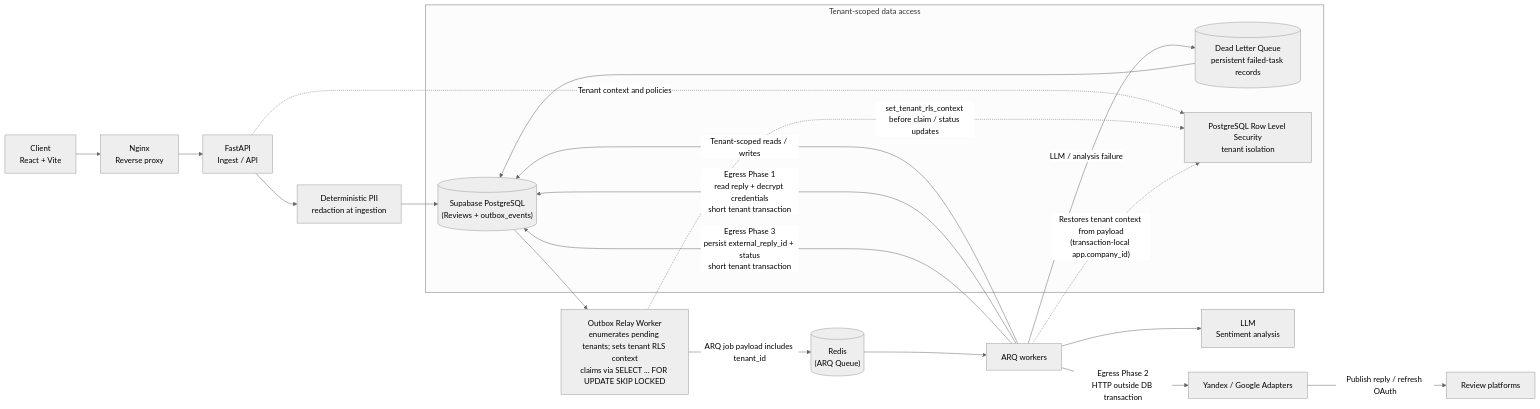
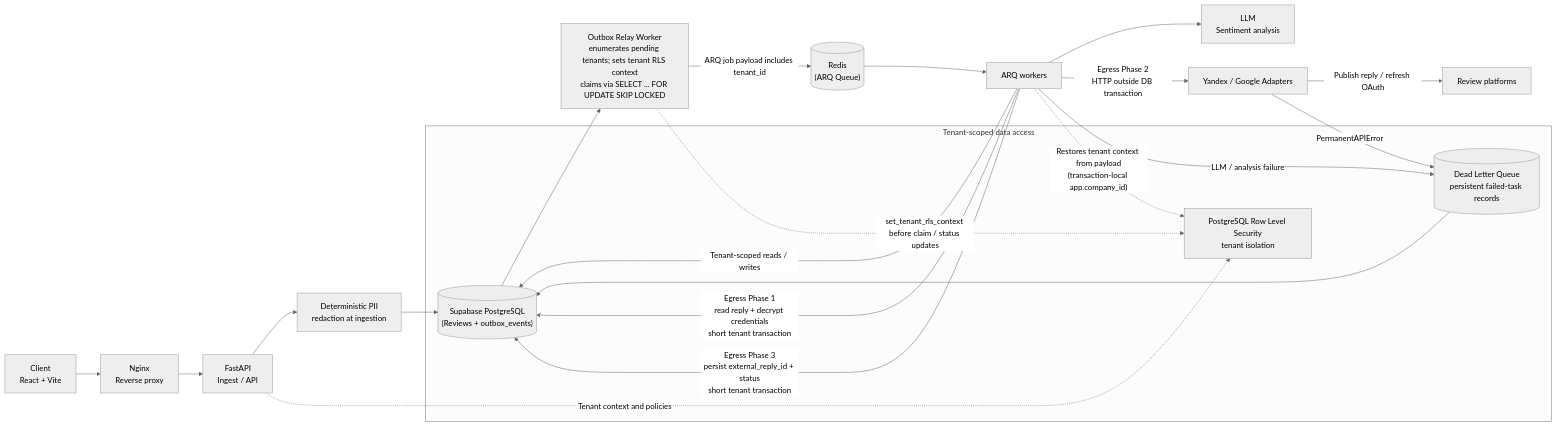
One commit to melaven/enterprise-serm-platform changed the diagram in README.md. Above: the diagram before and after it, drawn with Mermaid (neutral theme). The commit also changed other lines of this file and 4 other files, not shown here.

````diff
--- a/README.md
+++ b/README.md
@@ -53,30 +53,31 @@
 ```mermaid
 flowchart LR
     Client["Client<br/>React + Vite"] --> Nginx["Nginx<br/>Reverse proxy"]
     Nginx --> API["FastAPI<br/>Ingest / API"]
 
     API --> Sanitize["Deterministic PII<br/>redaction at ingestion"]
     Sanitize --> DB[("Supabase PostgreSQL<br/>(Reviews + outbox_events)")]
     DB --> Relay["Outbox Relay Worker<br/>enumerates pending tenants; sets tenant RLS context<br/>claims via SELECT ... FOR UPDATE SKIP LOCKED"]
     Relay -->|ARQ job payload includes tenant_id| Redis[("Redis<br/>(ARQ Queue)")]
     Redis --> Worker["ARQ workers"]
 
     Worker --> LLM["LLM<br/>Sentiment analysis"]
     Worker -->|Tenant-scoped reads / writes| DB
     Worker -->|LLM / analysis failure| DLQ[("Dead Letter Queue<br/>persistent failed-task records")]
     DLQ --> DB
     Worker -->|Egress Phase 1<br/>read reply + decrypt credentials<br/>short tenant transaction| DB
     Worker -->|Egress Phase 2<br/>HTTP outside DB transaction| Adapters["Yandex / Google Adapters"]
     Adapters -->|Publish reply / refresh OAuth| Platforms["Review platforms"]
+    Adapters -->|PermanentAPIError| DLQ
     Worker -->|Egress Phase 3<br/>persist external_reply_id + status<br/>short tenant transaction| DB
 
     subgraph TenantBoundary["Tenant-scoped data access"]
         DB
         DLQ
         RLS["PostgreSQL Row Level Security<br/>tenant isolation"]
     end
 
     API -. "Tenant context and policies" .-> RLS
     Relay -. "set_tenant_rls_context before claim / status updates" .-> RLS
     Worker -. "Restores tenant context from payload<br/>(transaction-local app.company_id)" .-> RLS
 ```
````
